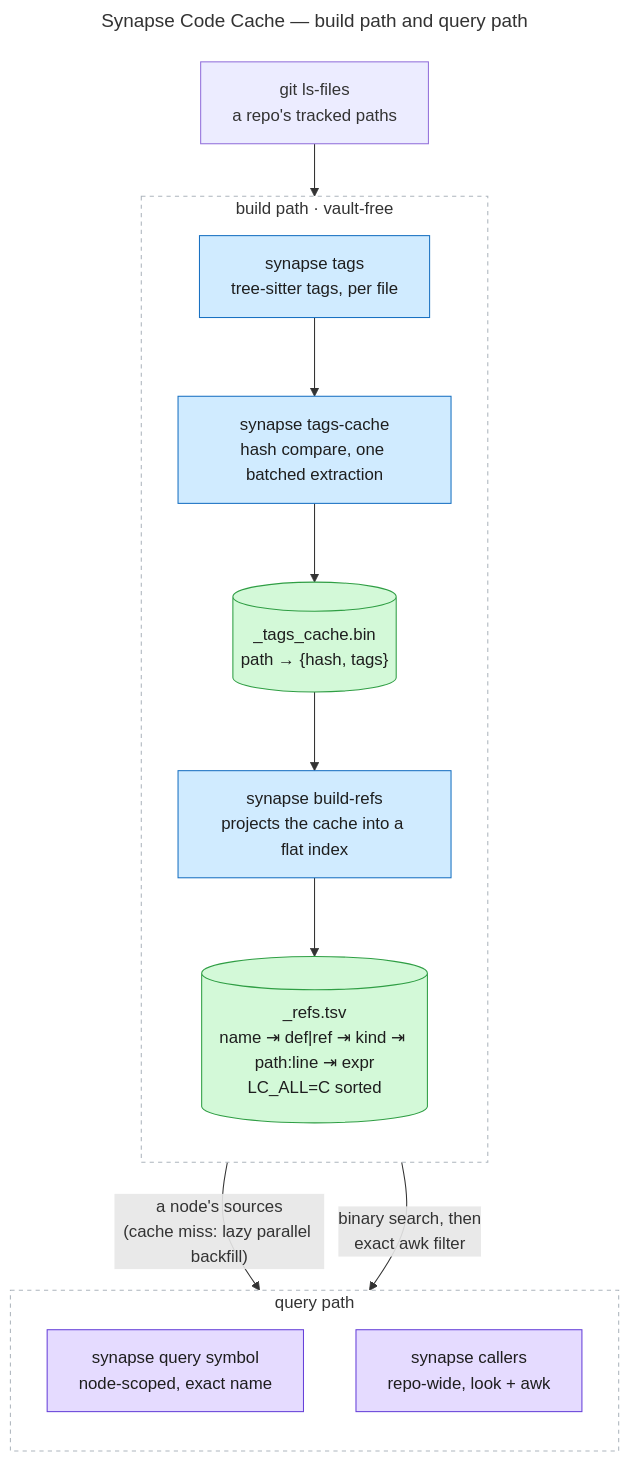
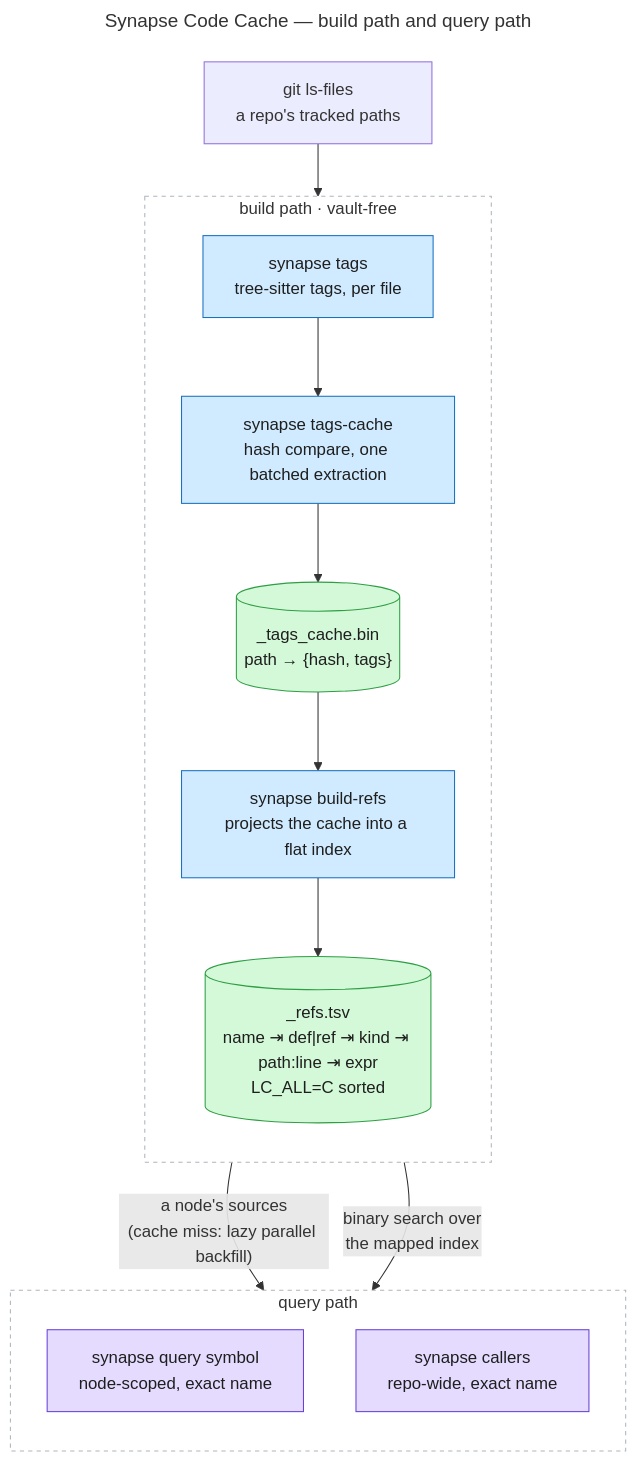
Before and after one commit to imunitic/synapse: the diagram in docs/diagrams/synapse-code-cache.mmd, drawn with Mermaid. The commit also changed 14 other files, not shown here.

```diff
--- a/docs/diagrams/synapse-code-cache.mmd
+++ b/docs/diagrams/synapse-code-cache.mmd
@@ -1,36 +1,36 @@
 ---
 title: Synapse Code Cache — build path and query path
 ---
 flowchart TB
     classDef script fill:#d0ebff,stroke:#1971c2,color:#1e1e1e
     classDef artifact fill:#d3f9d8,stroke:#2f9e44,color:#1e1e1e
     classDef query fill:#e5dbff,stroke:#6741d9,color:#1e1e1e
 
     FILES["git ls-files<br/>a repo's tracked paths"]
 
     subgraph BUILD["build path · vault-free"]
         direction TB
         TAGS["synapse tags<br/>tree-sitter tags, per file"]
         CACHE_SCRIPT["synapse tags-cache<br/>hash compare, one batched extraction"]
         TAGSCACHE[("_tags_cache.bin<br/>path → {hash, tags}")]
         REFS_SCRIPT["synapse build-refs<br/>projects the cache into a flat index"]
         REFS[("_refs.tsv<br/>name ⇥ def|ref ⇥ kind ⇥ path:line ⇥ expr<br/>LC_ALL=C sorted")]
         TAGS --> CACHE_SCRIPT --> TAGSCACHE --> REFS_SCRIPT --> REFS
     end
 
     subgraph QUERY["query path"]
         direction TB
         SYMBOL["synapse query symbol<br/>node-scoped, exact name"]
-        CALLERS["synapse callers<br/>repo-wide, look + awk"]
+        CALLERS["synapse callers<br/>repo-wide, exact name"]
     end
 
     FILES --> TAGS
     TAGSCACHE -->|"a node's sources<br/>(cache miss: lazy parallel backfill)"| SYMBOL
-    REFS -->|"binary search, then<br/>exact awk filter"| CALLERS
+    REFS -->|"binary search over<br/>the mapped index"| CALLERS
 
     class TAGS,CACHE_SCRIPT,REFS_SCRIPT script
     class TAGSCACHE,REFS artifact
     class SYMBOL,CALLERS query
 
     style BUILD fill:#ffffff,stroke:#adb5bd,stroke-dasharray:4 4
     style QUERY fill:#ffffff,stroke:#adb5bd,stroke-dasharray:4 4
```
